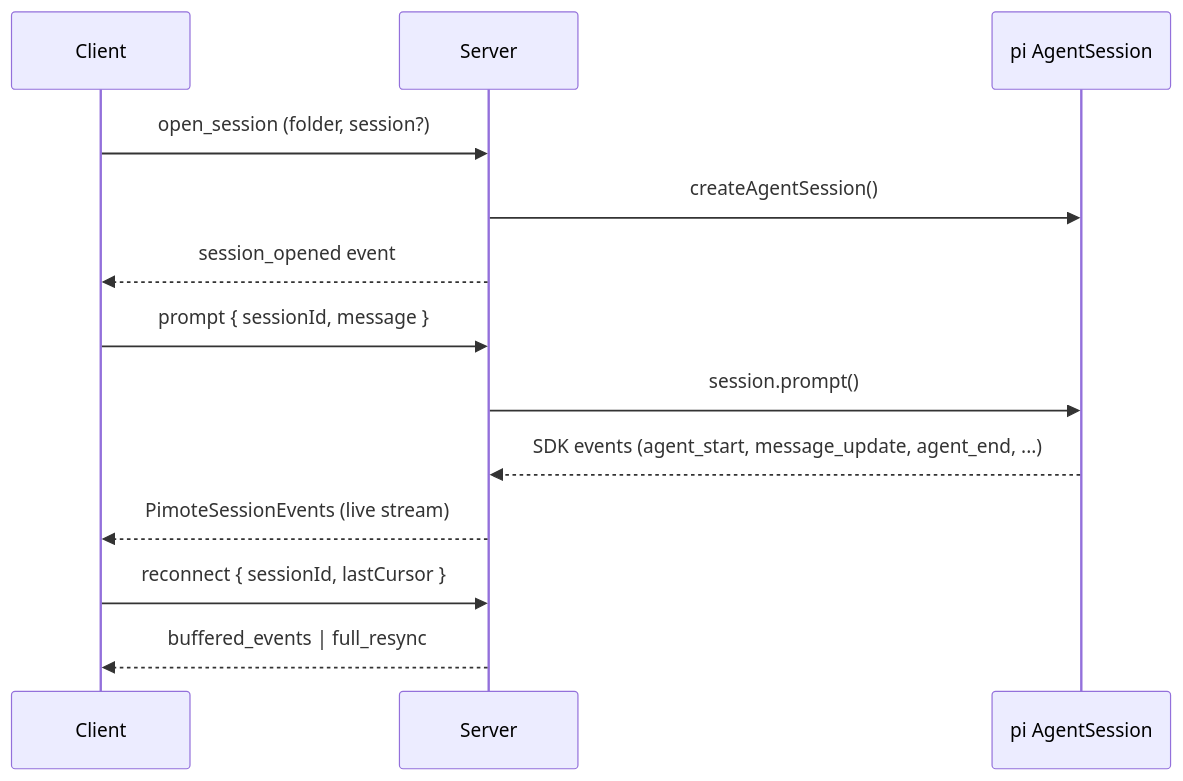
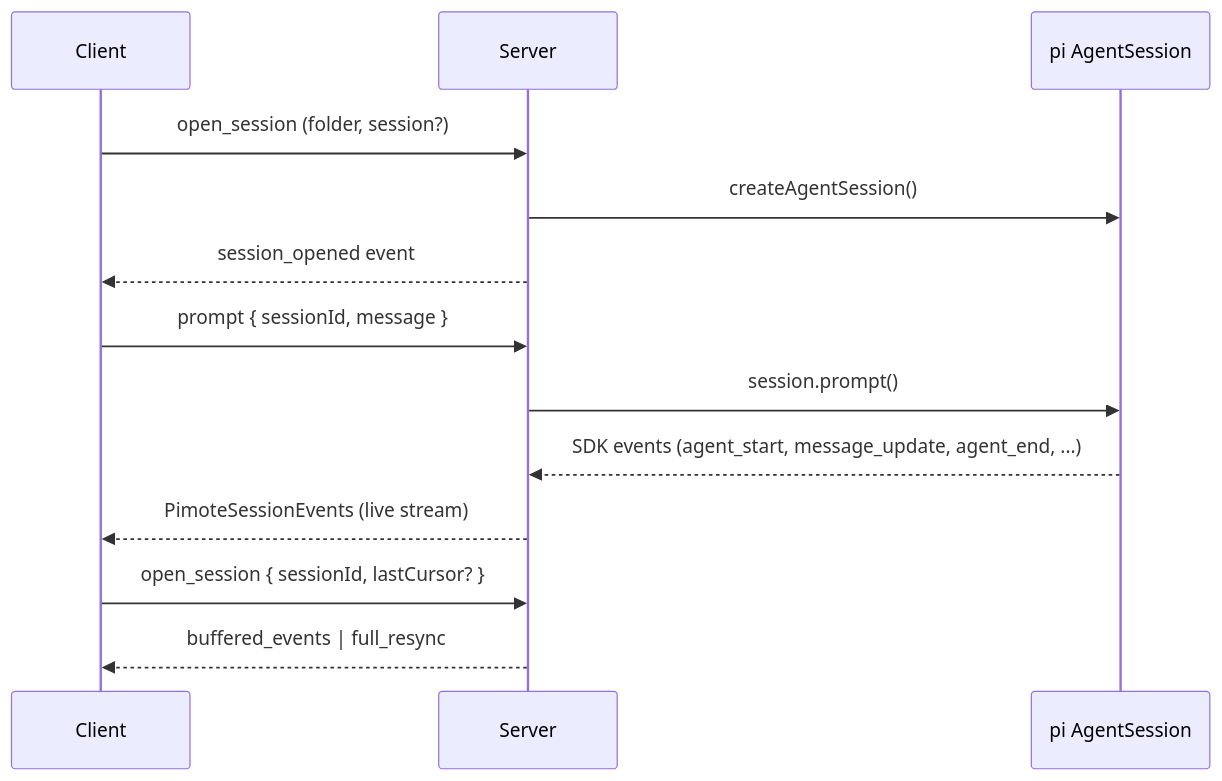
Before and after one commit to alennartz/pimote: the second of 3 diagrams in codemap.md, drawn with Mermaid. The commit also changed other lines of this file, not shown here.

````diff
--- a/codemap.md
+++ b/codemap.md
@@ -17,16 +17,16 @@
 ```mermaid
 sequenceDiagram
   participant C as Client
   participant S as Server
   participant Pi as pi AgentSession
 
   C->>S: open_session (folder, session?)
   S->>Pi: createAgentSession()
   S-->>C: session_opened event
   C->>S: prompt { sessionId, message }
   S->>Pi: session.prompt()
   Pi-->>S: SDK events (agent_start, message_update, agent_end, ...)
   S-->>C: PimoteSessionEvents (live stream)
-  C->>S: reconnect { sessionId, lastCursor }
+  C->>S: open_session { sessionId, lastCursor? }
   S-->>C: buffered_events | full_resync
 ```
````
